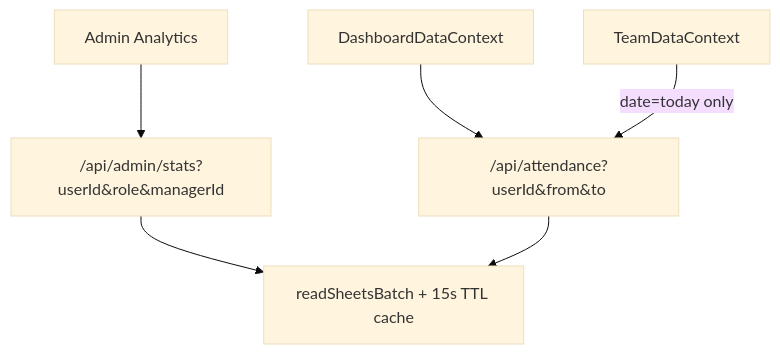
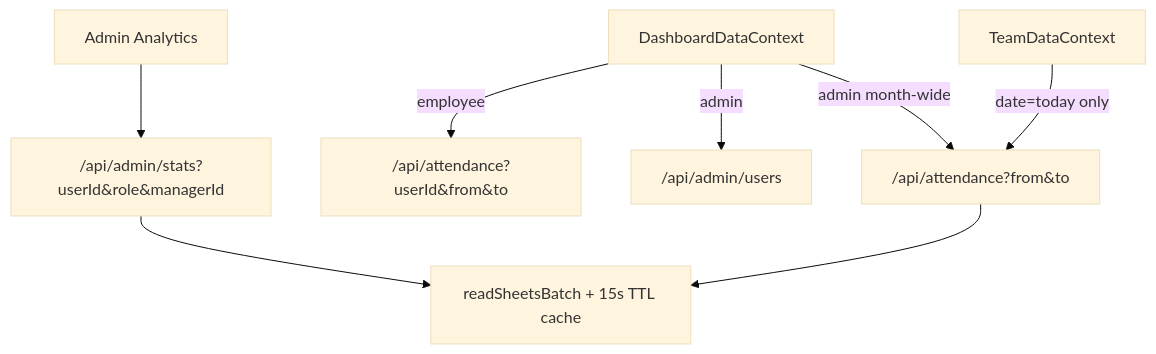
One commit to Arjit-Shivansh/digital-technologies-attendance-management-system changed the diagram in README.md. Above: the diagram before and after it, drawn with Mermaid (base theme). The commit also changed other lines of this file and 19 other files, not shown here.

````diff
--- a/README.md
+++ b/README.md
@@ -39,14 +70,18 @@
 ```mermaid
 flowchart TB
   DDC[DashboardDataContext]
   TC[TeamDataContext]
   AD[Admin Analytics]
   BATCH[readSheetsBatch + 15s TTL cache]
-  ATT["/api/attendance?userId&from&to"]
+  ATT["/api/attendance?from&to"]
+  ATT_USER["/api/attendance?userId&from&to"]
+  USERS["/api/admin/users"]
   STATS["/api/admin/stats?userId&role&managerId"]
-  DDC --> ATT
+  DDC -->|"employee"| ATT_USER
+  DDC -->|"admin month-wide"| ATT
+  DDC -->|"admin"| USERS
   TC -->|"date=today only"| ATT
   AD --> STATS
   STATS --> BATCH
   ATT --> BATCH
 ```
````
